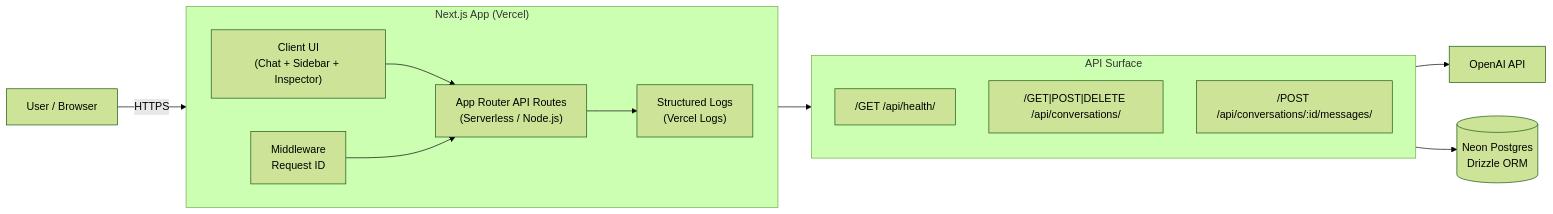
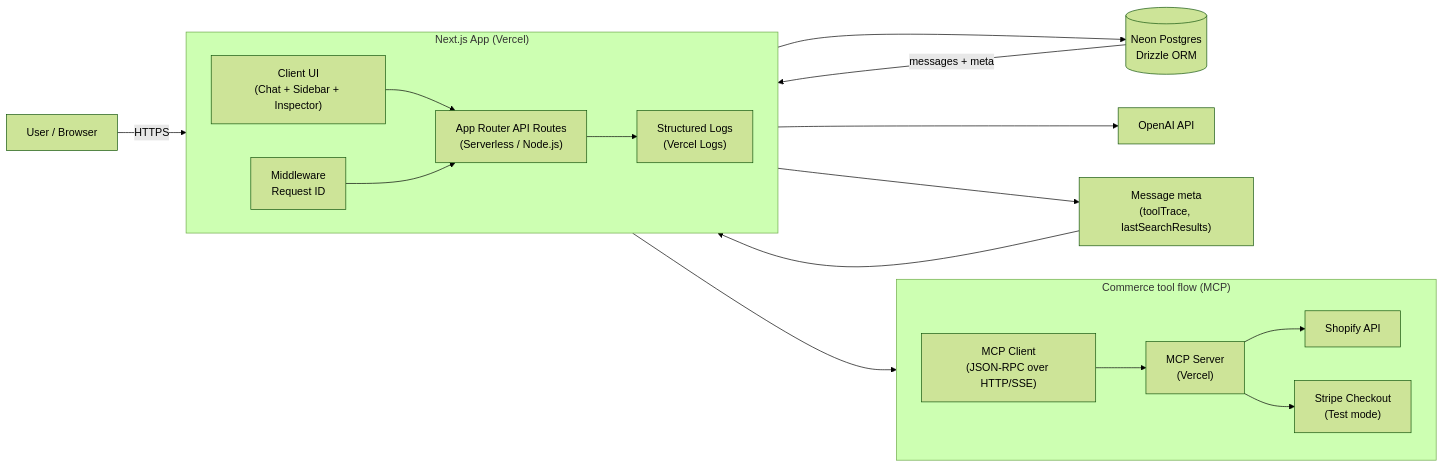
The diagram in README.md (nickcarndt/chatbot-with-memory), drawn with Mermaid (forest theme) before and after one commit. The commit also changed other lines of this file, not shown here.

Commit message:
docs: final README polish - multi-agent routing, Commerce highlights, MCP architecture diagram

````diff
--- a/README.md
+++ b/README.md
@@ -67,22 +68,26 @@
 ```mermaid
 flowchart LR
   U[User / Browser] -->|HTTPS| UI
 
   subgraph UI["Next.js App (Vercel)"]
     direction LR
     C["Client UI<br/>(Chat + Sidebar + Inspector)"] --> API["App Router API Routes<br/>(Serverless / Node.js)"]
     MW["Middleware<br/>Request ID"] --> API
     API --> LOGS["Structured Logs<br/>(Vercel Logs)"]
   end
 
-  subgraph APIROUTES["API Surface"]
-    direction TB
-    H["/GET /api/health/"]
-    L["/GET|POST|DELETE /api/conversations/"]
-    M["/POST /api/conversations/:id/messages/"]
+  API --> DB[("Neon Postgres<br/>Drizzle ORM")]
+  API --> LLM["OpenAI API"]
+
+  subgraph MCPFLOW["Commerce tool flow (MCP)"]
+    direction LR
+    API --> MCPCLIENT["MCP Client<br/>(JSON-RPC over HTTP/SSE)"]
+    MCPCLIENT --> MCPSERVER["MCP Server<br/>(Vercel)"]
+    MCPSERVER --> SHOPIFY["Shopify API"]
+    MCPSERVER --> STRIPE["Stripe Checkout<br/>(Test mode)"]
   end
 
-  API --> APIROUTES
-  APIROUTES --> DB[("Neon Postgres<br/>Drizzle ORM")]
-  M --> LLM["OpenAI API"]
+  API --> TRACE["Message meta<br/>(toolTrace, lastSearchResults)"]
+  TRACE --> C
+  DB -->|messages + meta| C
 ```
````
